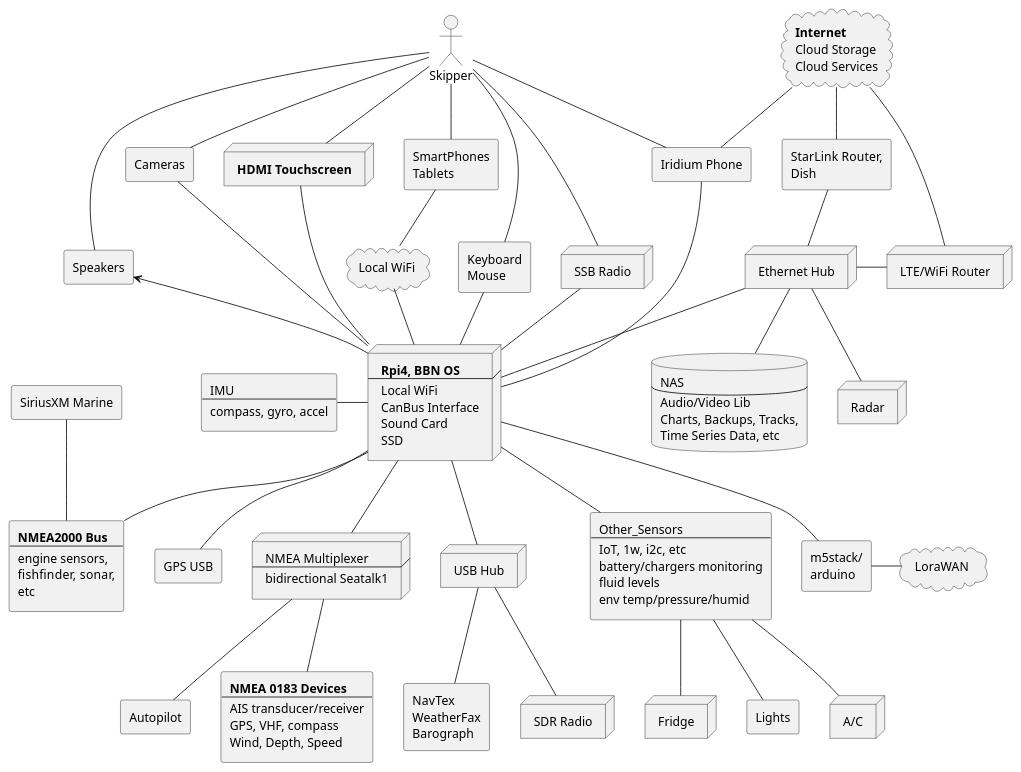
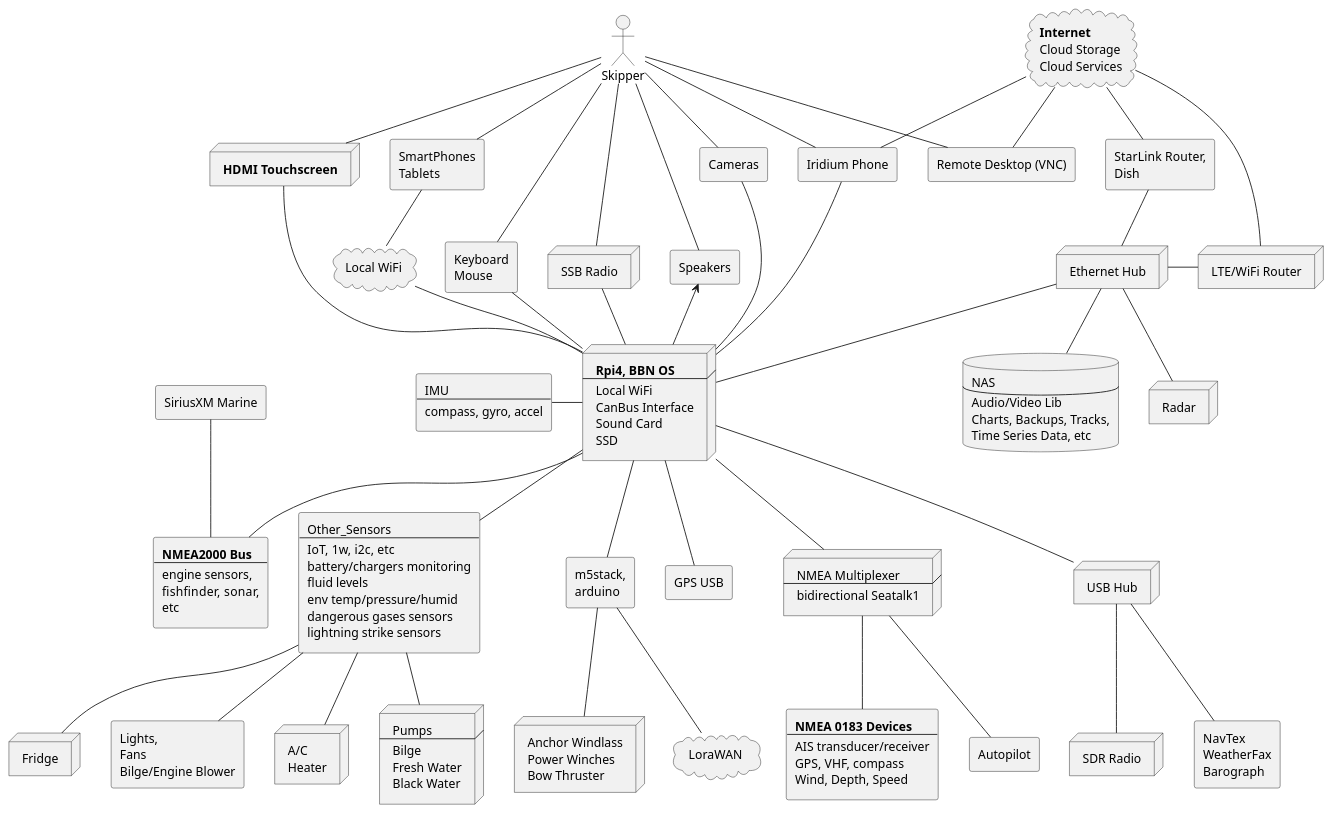
Before and after one commit to bareboat-necessities/my-bareboat: the diagram in docs/plantuml/system-arch.puml, drawn with PlantUML. The commit also changed 1 other file, not shown here.

Commit message:
better diagrams

```diff
--- a/docs/plantuml/system-arch.puml
+++ b/docs/plantuml/system-arch.puml
@@ -105,18 +105,35 @@
  battery/chargers monitoring
  fluid levels
  env temp/pressure/humid
+ dangerous gases sensors
+ lightning strike sensors
+]
+
+rectangle Remote_Desktop [
+ Remote Desktop (VNC)
 ]
 
 node AC [
  A/C
+ Heater
+]
+
+node Pumps [
+ Pumps
+ ----
+ Bilge
+ Fresh Water
+ Black Water
 ]
 
 node Fridge [
  Fridge
 ]
 
-rectangle Lights [
- Lights
+rectangle Lights_Fans [
+ Lights,
+ Fans
+ Bilge/Engine Blower
 ]
 
 rectangle Keyboard_Mouse [
@@ -147,6 +164,12 @@
  Time Series Data, etc
 ]
 
+node Winches [
+ Anchor Windlass
+ Power Winches
+ Bow Thruster
+]
+
 cloud Cloud_Internet [
  <b>Internet
  Cloud Storage
@@ -158,7 +181,7 @@
 ]
 
 rectangle Esp32 [
- m5stack/
+ m5stack,
  arduino
 ]
 
@@ -192,16 +215,19 @@
 
 Other_Sensors -- AC
 Other_Sensors -- Fridge
-Other_Sensors -- Lights
+Other_Sensors -- Lights_Fans
+Other_Sensors -- Pumps
 
 NMEA_Mux -- NMEA_0183
 NMEA_Mux -- AP
 
-Lora -l- Esp32
+Esp32 -- Lora
+Esp32 -- Winches
 
 Cloud_Internet -- Dish_Router
 Cloud_Internet -- Router
 Cloud_Internet -- Iridium
+Cloud_Internet -- Remote_Desktop
 
 Skipper -- Touchscreen
 Skipper -- Speakers
@@ -210,5 +236,6 @@
 Skipper -- SSB
 Skipper -- SmartPhone
 Skipper -- Keyboard_Mouse
+Skipper -- Remote_Desktop
 
 @enduml
```
